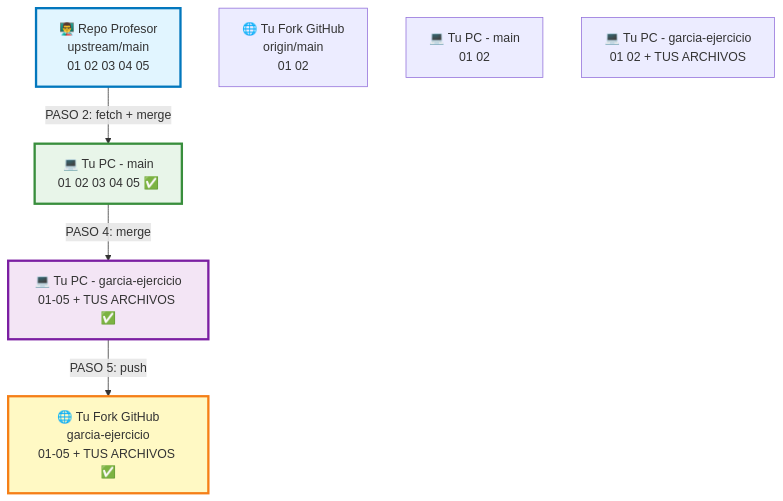
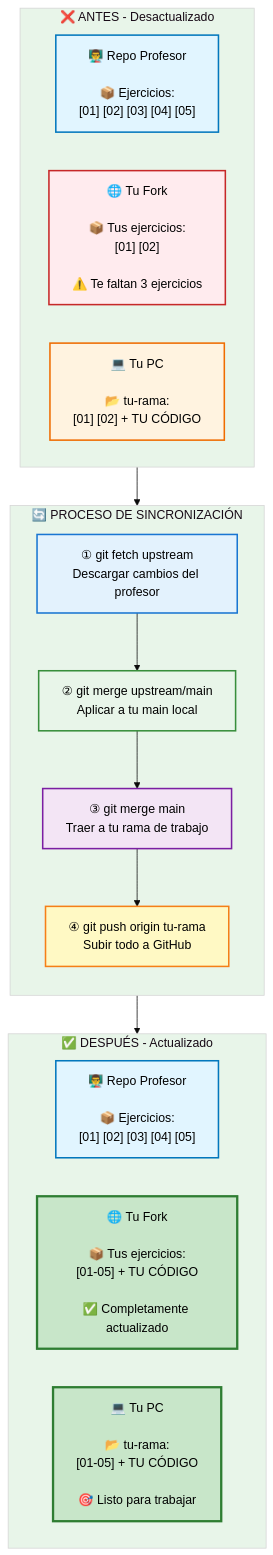
The third of 6 diagrams in docs/git-github/sincronizar-fork.md (katitto/ejercicios-bigdata), drawn with Mermaid before and after one commit. The commit also changed other lines of this file and 1 other file, not shown here.

First line of the commit message:
UPGRADE: Mejorar diagramas con Mermaid profesional e interactivo (#14)

````diff
--- a/docs/git-github/sincronizar-fork.md
+++ b/docs/git-github/sincronizar-fork.md
@@ -205,20 +149,42 @@
 ```mermaid
-graph TD
-    A[👨‍🏫 Repo Profesor<br/>upstream/main<br/>01 02 03 04 05]
-    B[🌐 Tu Fork GitHub<br/>origin/main<br/>01 02]
-    C[💻 Tu PC - main<br/>01 02]
-    D[💻 Tu PC - garcia-ejercicio<br/>01 02 + TUS ARCHIVOS]
+%%{init: {'theme':'base', 'themeVariables': { 'primaryColor':'#e1f5ff','primaryTextColor':'#000','primaryBorderColor':'#0277bd','secondaryColor':'#fff9c4','tertiaryColor':'#e8f5e9','noteBkgColor':'#fff3e0','noteTextColor':'#000'}}}%%
+flowchart TB
+    subgraph Antes["❌ ANTES - Desactualizado"]
+        direction LR
+        A1["👨‍🏫 Repo Profesor<br/><br/>📦 Ejercicios:<br/>[01] [02] [03] [04] [05]"]
+        A2["🌐 Tu Fork<br/><br/>📦 Tus ejercicios:<br/>[01] [02]<br/><br/>⚠️ Te faltan 3 ejercicios"]
+        A3["💻 Tu PC<br/><br/>📂 tu-rama:<br/>[01] [02] + TU CÓDIGO"]
+    end
 
-    C2[💻 Tu PC - main<br/>01 02 03 04 05 ✅]
-    D2[💻 Tu PC - garcia-ejercicio<br/>01-05 + TUS ARCHIVOS ✅]
-    B2[🌐 Tu Fork GitHub<br/>garcia-ejercicio<br/>01-05 + TUS ARCHIVOS ✅]
+    subgraph Proceso["🔄 PROCESO DE SINCRONIZACIÓN"]
+        direction TB
+        P1["① git fetch upstream<br/>Descargar cambios del profesor"]
+        P2["② git merge upstream/main<br/>Aplicar a tu main local"]
+        P3["③ git merge main<br/>Traer a tu rama de trabajo"]
+        P4["④ git push origin tu-rama<br/>Subir todo a GitHub"]
 
-    A -->|PASO 2: fetch + merge| C2
-    C2 -->|PASO 4: merge| D2
-    D2 -->|PASO 5: push| B2
+        P1 --> P2 --> P3 --> P4
+    end
 
-    style A fill:#e1f5ff,stroke:#0277bd,stroke-width:3px
-    style C2 fill:#e8f5e9,stroke:#388e3c,stroke-width:3px
-    style D2 fill:#f3e5f5,stroke:#7b1fa2,stroke-width:3px
-    style B2 fill:#fff9c4,stroke:#f57f17,stroke-width:3px
+    subgraph Despues["✅ DESPUÉS - Actualizado"]
+        direction LR
+        D1["👨‍🏫 Repo Profesor<br/><br/>📦 Ejercicios:<br/>[01] [02] [03] [04] [05]"]
+        D2["🌐 Tu Fork<br/><br/>📦 Tus ejercicios:<br/>[01-05] + TU CÓDIGO<br/><br/>✅ Completamente actualizado"]
+        D3["💻 Tu PC<br/><br/>📂 tu-rama:<br/>[01-05] + TU CÓDIGO<br/><br/>🎯 Listo para trabajar"]
+    end
+
+    Antes --> Proceso --> Despues
+
+    style A1 fill:#e1f5ff,stroke:#0277bd,stroke-width:2px
+    style A2 fill:#ffebee,stroke:#c62828,stroke-width:2px
+    style A3 fill:#fff3e0,stroke:#ef6c00,stroke-width:2px
+
+    style P1 fill:#e3f2fd,stroke:#1976d2,stroke-width:2px
+    style P2 fill:#e8f5e9,stroke:#388e3c,stroke-width:2px
+    style P3 fill:#f3e5f5,stroke:#7b1fa2,stroke-width:2px
+    style P4 fill:#fff9c4,stroke:#f57f17,stroke-width:2px
+
+    style D1 fill:#e1f5ff,stroke:#0277bd,stroke-width:2px
+    style D2 fill:#c8e6c9,stroke:#2e7d32,stroke-width:3px
+    style D3 fill:#c8e6c9,stroke:#2e7d32,stroke-width:3px
 ```
````
